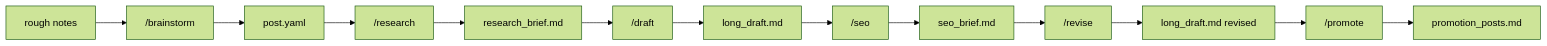
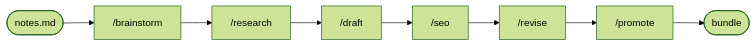
The diagram in README.md (JoseParrenoGarcia/newsletter-engine), drawn with Mermaid (forest theme) before and after one commit. The commit also changed other lines of this file and 5 other files, not shown here.

````diff
--- a/README.md
+++ b/README.md
@@ -9,15 +9,10 @@
 ```mermaid
-graph LR
-    A[rough notes] --> B["/brainstorm"]
-    B --> C[post.yaml]
-    C --> D["/research"]
-    D --> E[research_brief.md]
-    E --> F["/draft"]
-    F --> G[long_draft.md]
-    G --> H["/seo"]
-    H --> J[seo_brief.md]
-    J --> L["/revise"]
-    L --> M[long_draft.md revised]
-    M --> I["/promote"]
-    I --> K[promotion_posts.md]
+flowchart LR
+    A([notes.md]) --> B["/brainstorm"]
+    B --> C["/research"]
+    C --> D["/draft"]
+    D --> E["/seo"]
+    E --> F["/revise"]
+    F --> G["/promote"]
+    G --> H([bundle])
 ```
````
